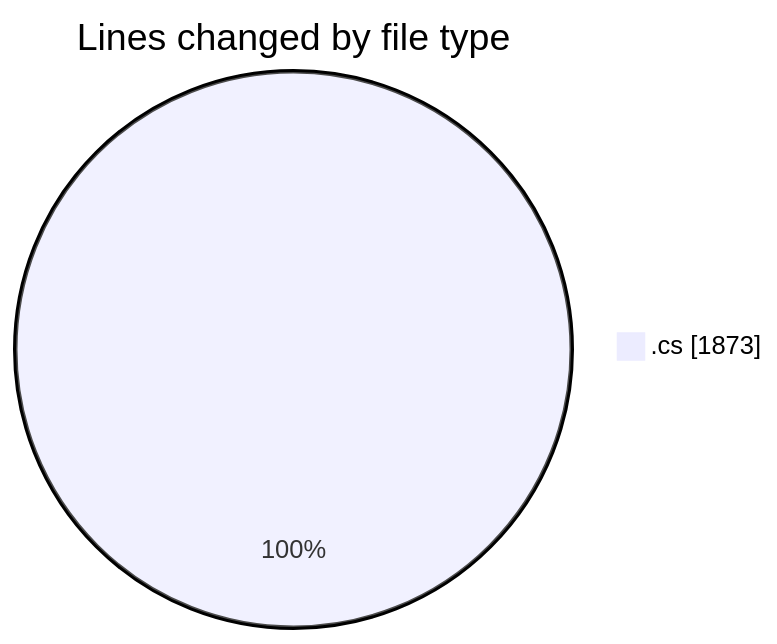
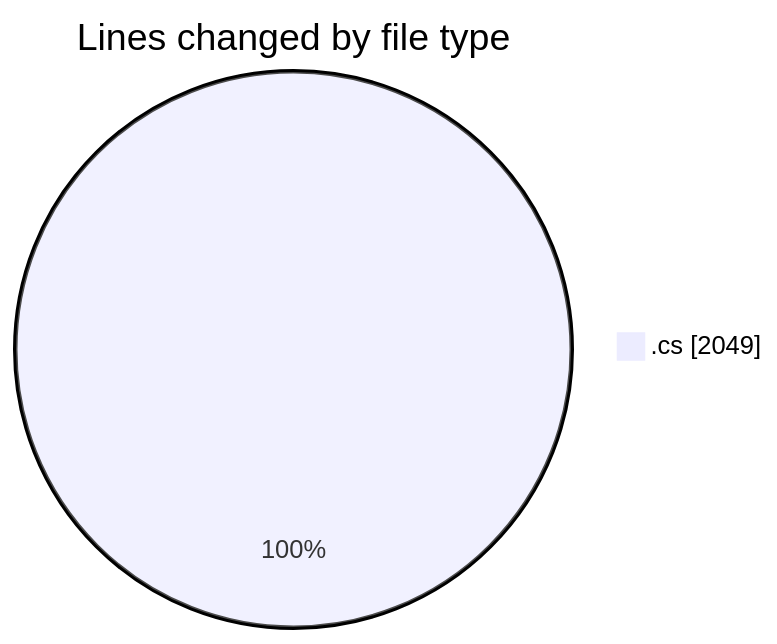
The first of 2 diagrams in 2025-03-26/back-end/README.md (Netris89/code-tracking), drawn with Mermaid before and after one commit. The commit also changed other lines of this file and 1 other file, not shown here.

````diff
--- a/2025-03-26/back-end/README.md
+++ b/2025-03-26/back-end/README.md
@@ -36,5 +37,5 @@
 ```mermaid
 pie showData
 title Lines changed by file type
-".cs" : 1873
+".cs" : 2049
 ```
````
